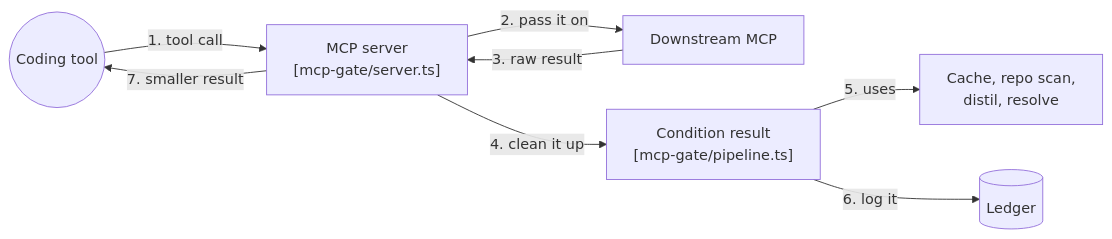
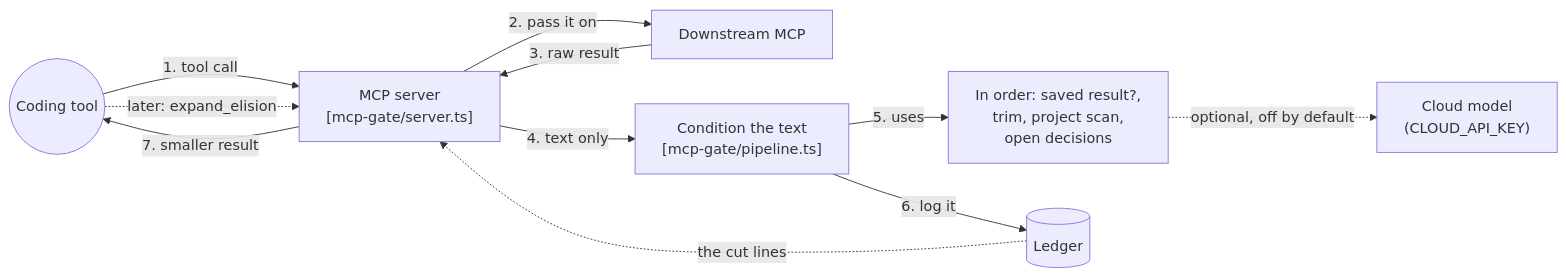
The second of 5 diagrams in README.md (zenithfoundry/slm-gate), drawn with Mermaid before and after one commit. The commit also changed other lines of this file, not shown here.

Commit message:
feat(docs): update README to clarify MCP and model gate functionalities

````diff
--- a/README.md
+++ b/README.md
@@ -121,17 +125,21 @@
 ```mermaid
 flowchart LR
   tool(("Coding tool"))
   server["MCP server<br/>[mcp-gate/server.ts]"]
   toolbox["Downstream MCP"]
-  cond["Condition result<br/>[mcp-gate/pipeline.ts]"]
-  helpers["Cache, repo scan,<br/>distil, resolve"]
+  cond["Condition the text<br/>[mcp-gate/pipeline.ts]"]
+  helpers["In order: saved result?,<br/>trim, project scan,<br/>open decisions"]
   ledger[("Ledger")]
+  paid["Cloud model<br/>(CLOUD_API_KEY)"]
 
   tool -->|"1. tool call"| server
   server -->|"2. pass it on"| toolbox
   toolbox -->|"3. raw result"| server
-  server -->|"4. clean it up"| cond
+  server -->|"4. text only"| cond
   cond -->|"5. uses"| helpers
   cond -->|"6. log it"| ledger
   server -->|"7. smaller result"| tool
+  helpers -.->|"optional, off by default"| paid
+  tool -.->|"later: expand_elision"| server
+  ledger -.->|"the cut lines"| server
 ```
````
